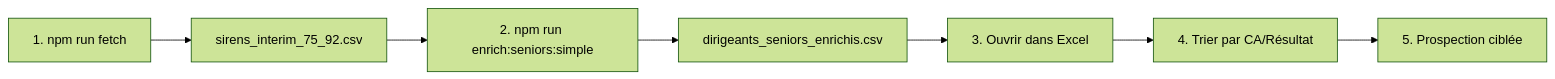
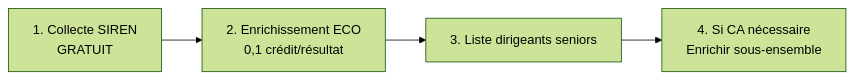
The diagram in README.md (Bencode92/CompanySearch), drawn with Mermaid (forest theme) before and after one commit. The commit also changed other lines of this file, not shown here.

````diff
--- a/README.md
+++ b/README.md
@@ -117,9 +83,6 @@
 ```mermaid
 graph LR
-    A[1. npm run fetch] --> B[sirens_interim_75_92.csv]
-    B --> C[2. npm run enrich:seniors:simple]
-    C --> D[dirigeants_seniors_enrichis.csv]
-    D --> E[3. Ouvrir dans Excel]
-    E --> F[4. Trier par CA/Résultat]
-    F --> G[5. Prospection ciblée]
+    A[1. Collecte SIREN<br/>GRATUIT] --> B[2. Enrichissement ECO<br/>0,1 crédit/résultat]
+    B --> C[3. Liste dirigeants seniors]
+    C --> D[4. Si CA nécessaire<br/>Enrichir sous-ensemble]
 ```
````
